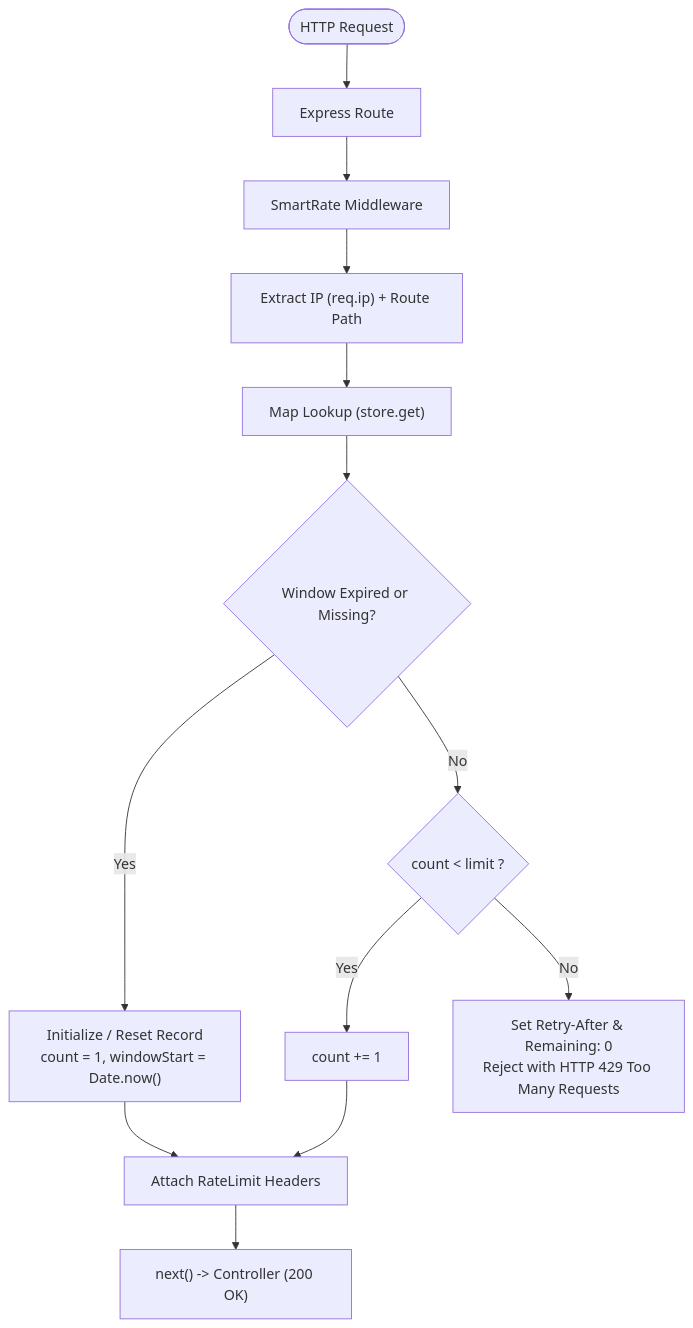
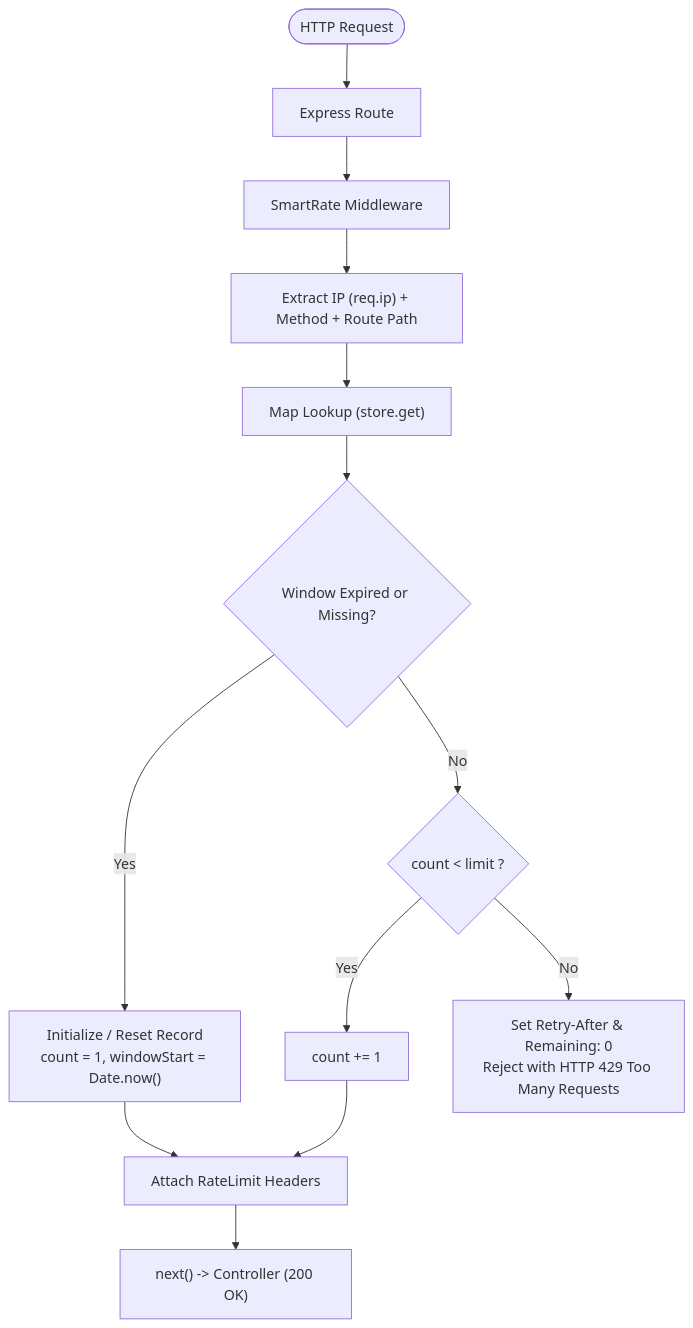
The diagram in README.md (Anivesh91/LimitForge), drawn with Mermaid before and after one commit. The commit also changed other lines of this file, not shown here.

````diff
--- a/README.md
+++ b/README.md
@@ -63,18 +65,18 @@
 ```mermaid
 flowchart TD
     Client([HTTP Request]) --> Router[Express Route]
     Router --> Middleware[SmartRate Middleware]
-    Middleware --> KeyGen["Extract IP (req.ip) + Route Path"]
+    Middleware --> KeyGen["Extract IP (req.ip) + Method + Route Path"]
     KeyGen --> StoreLookup["Map Lookup (store.get)"]
     
     StoreLookup --> CheckWindow{"Window Expired or Missing?"}
     CheckWindow -- Yes --> ResetWindow["Initialize / Reset Record<br/>count = 1, windowStart = Date.now()"]
     ResetWindow --> SetHeaders["Attach RateLimit Headers"]
     SetHeaders --> Allow["next() -> Controller (200 OK)"]
     
     CheckWindow -- No --> CheckQuota{"count < limit ?"}
     CheckQuota -- Yes --> Increment["count += 1"]
     Increment --> SetHeaders
     
     CheckQuota -- No --> Block["Set Retry-After & Remaining: 0<br/>Reject with HTTP 429 Too Many Requests"]
 ```
````
